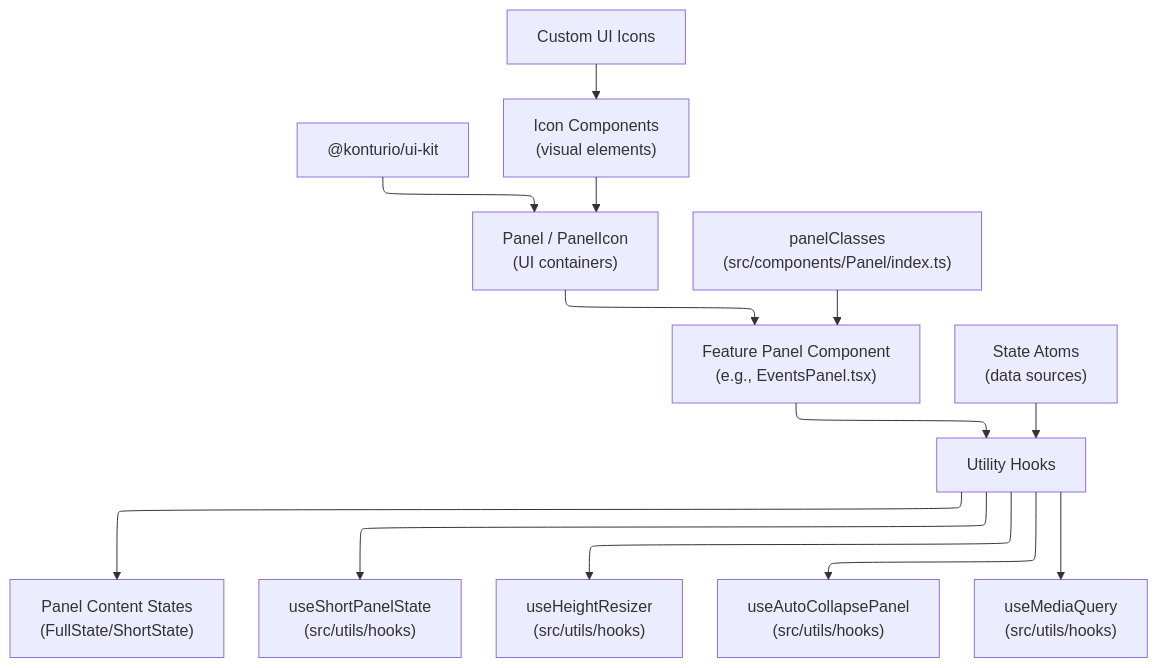
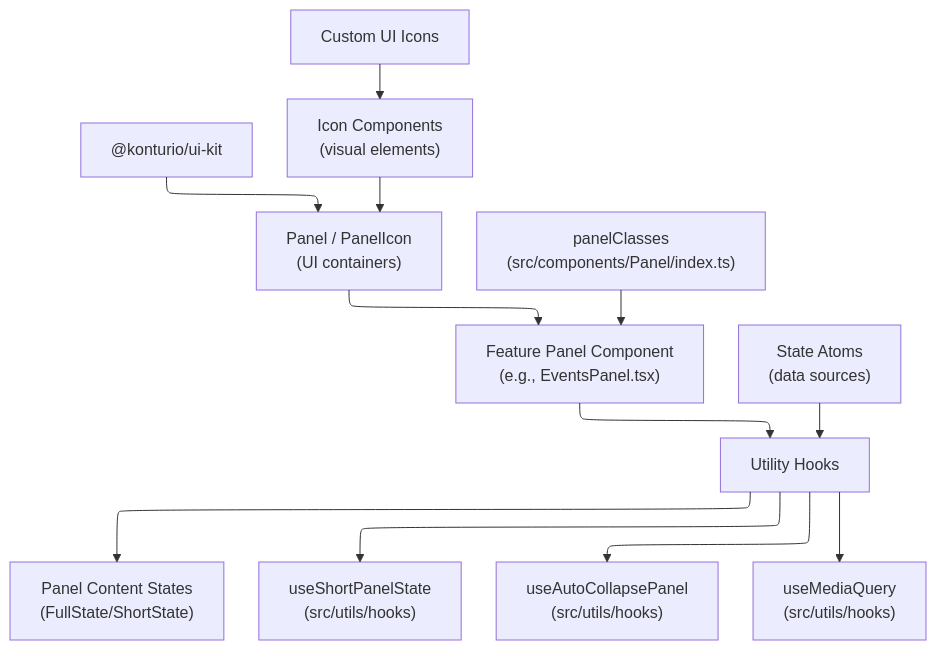
Before and after one commit to konturio/disaster-ninja-fe: the third of 3 diagrams in docs/investigations/panels-report.md, drawn with Mermaid. The commit also changed other lines of this file and 11 other files, not shown here.

````diff
--- a/docs/investigations/panels-report.md
+++ b/docs/investigations/panels-report.md
@@ -281,40 +261,39 @@
 ```mermaid
 ---
 config:
   layout: elk
 ---
 flowchart TD
     %% Nodes
     UIKit["@konturio/ui-kit"]:::uiKit
     Icons["Custom UI Icons"]:::uiKit
 
     PanelComp["Panel / PanelIcon<br/>(UI containers)"]:::panel
     IconComp["Icon Components<br/>(visual elements)"]:::panel
 
     FeaturePanel["Feature Panel Component<br/>(e.g., EventsPanel.tsx)"]:::feature
     PanelClasses["panelClasses<br/>(src/components/Panel/index.ts)"]:::feature
 
     UtilityHooks[Utility Hooks]:::utility
     StateAtoms["State Atoms<br/>(data sources)"]:::state
 
     ContentStates["Panel Content States<br/>(FullState/ShortState)"]:::content
 
     %% Hook details
     UtilityHooks --> ShortState["useShortPanelState<br/>(src/utils/hooks)"]:::utility
-    UtilityHooks --> HeightResizer["useHeightResizer<br/>(src/utils/hooks)"]:::utility
     UtilityHooks --> AutoCollapse["useAutoCollapsePanel<br/>(src/utils/hooks)"]:::utility
     UtilityHooks --> MediaQuery["useMediaQuery<br/>(src/utils/hooks)"]:::utility
 
     %% Connections
     UIKit --> PanelComp
     Icons --> IconComp
     IconComp --> PanelComp
 
     PanelComp --> FeaturePanel
     PanelClasses --> FeaturePanel
 
     FeaturePanel --> UtilityHooks
     StateAtoms --> UtilityHooks
 
     UtilityHooks --> ContentStates
 ```
````
